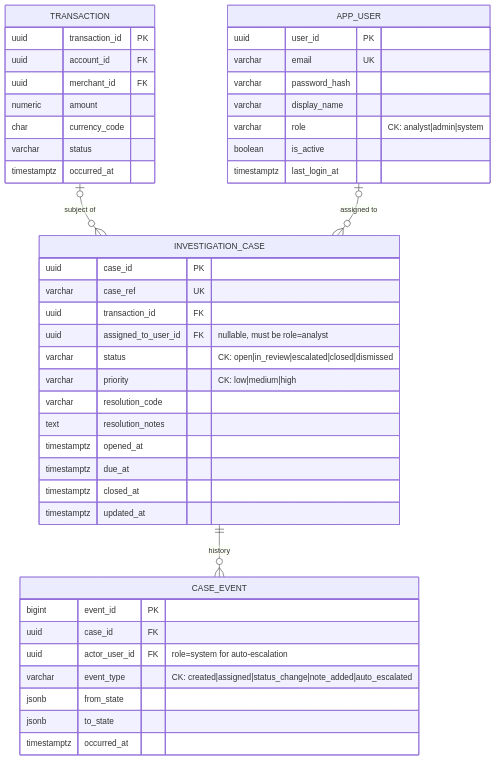
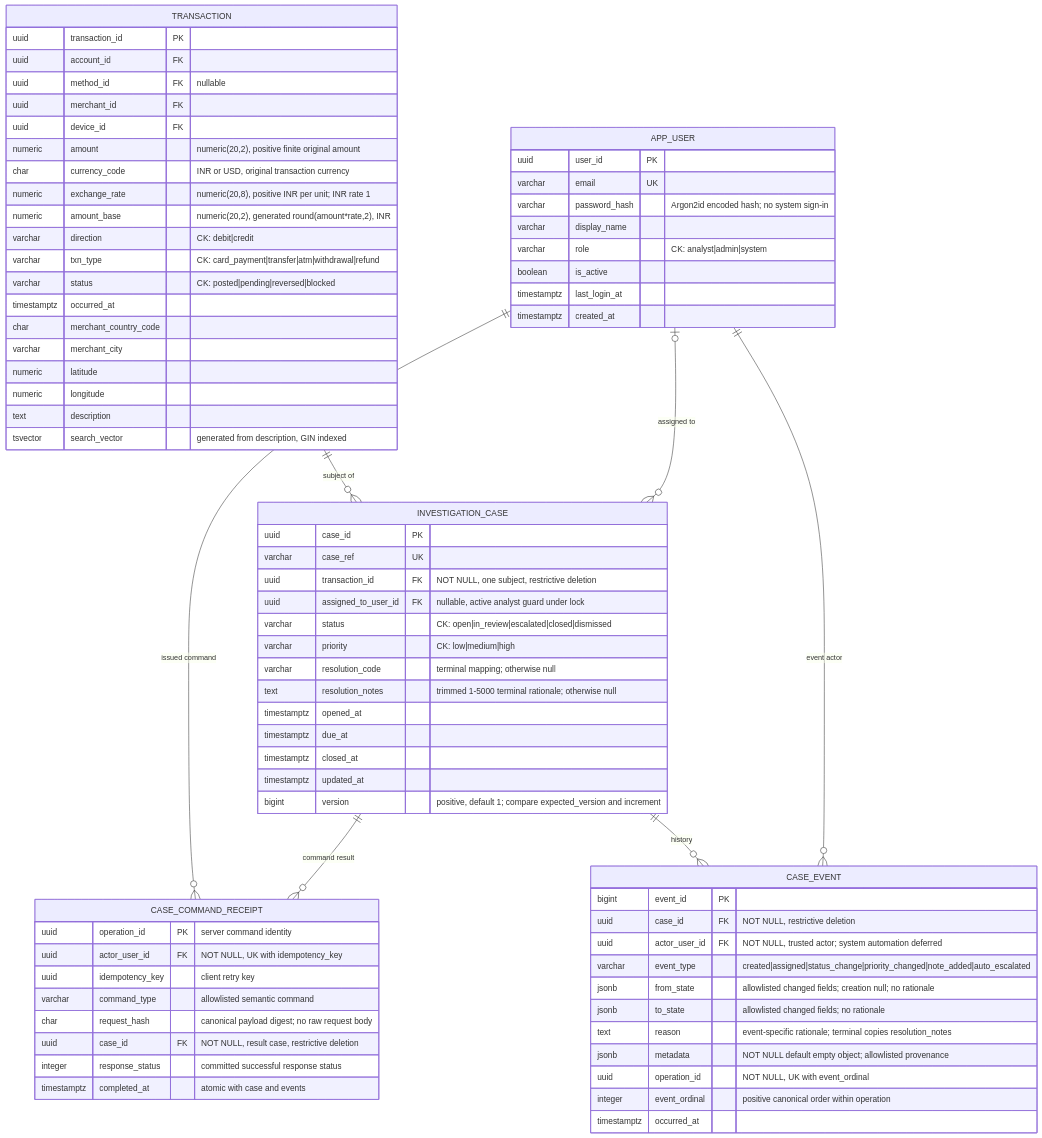
Before and after one commit to KadakWNL/finsight: the third of 3 diagrams in docs/er-diagram.md, drawn with Mermaid. The commit also changed other lines of this file and 18 other files, not shown here.

Commit message:
docs: reconcile ER artifacts with reviewed contracts

````diff
--- a/docs/er-diagram.md
+++ b/docs/er-diagram.md
@@ -195,51 +245,83 @@
 ```mermaid
 erDiagram
-    TRANSACTION o|--o{ INVESTIGATION_CASE : "subject of"
+    APP_USER ||--o{ CASE_COMMAND_RECEIPT : "issued command"
+    INVESTIGATION_CASE ||--o{ CASE_COMMAND_RECEIPT : "command result"
+    TRANSACTION ||--o{ INVESTIGATION_CASE : "subject of"
     APP_USER o|--o{ INVESTIGATION_CASE : "assigned to"
     INVESTIGATION_CASE ||--o{ CASE_EVENT : "history"
-
-    INVESTIGATION_CASE {
-        uuid case_id PK
-        varchar case_ref UK
-        uuid transaction_id FK
-        uuid assigned_to_user_id FK "nullable, must be role=analyst"
-        varchar status "CK: open|in_review|escalated|closed|dismissed"
-        varchar priority "CK: low|medium|high"
-        varchar resolution_code
-        text resolution_notes
-        timestamptz opened_at
-        timestamptz due_at
-        timestamptz closed_at
-        timestamptz updated_at
-    }
-
-    CASE_EVENT {
-        bigint event_id PK
-        uuid case_id FK
-        uuid actor_user_id FK "role=system for auto-escalation"
-        varchar event_type "CK: created|assigned|status_change|note_added|auto_escalated"
-        jsonb from_state
-        jsonb to_state
-        timestamptz occurred_at
-    }
+    APP_USER ||--o{ CASE_EVENT : "event actor"
 
     APP_USER {
         uuid user_id PK
         varchar email UK
-        varchar password_hash
+        varchar password_hash "Argon2id encoded hash; no system sign-in"
         varchar display_name
         varchar role "CK: analyst|admin|system"
         boolean is_active
         timestamptz last_login_at
+        timestamptz created_at
     }
 
     TRANSACTION {
         uuid transaction_id PK
         uuid account_id FK
+        uuid method_id FK "nullable"
         uuid merchant_id FK
-        numeric amount
-        char currency_code
-        varchar status
+        uuid device_id FK
+        numeric amount "numeric(20,2), positive finite original amount"
+        char currency_code "INR or USD, original transaction currency"
+        numeric exchange_rate "numeric(20,8), positive INR per unit; INR rate 1"
+        numeric amount_base "numeric(20,2), generated round(amount*rate,2), INR"
+        varchar direction "CK: debit|credit"
+        varchar txn_type "CK: card_payment|transfer|atm|withdrawal|refund"
+        varchar status "CK: posted|pending|reversed|blocked"
+        timestamptz occurred_at
+        char merchant_country_code
+        varchar merchant_city
+        numeric latitude
+        numeric longitude
+        text description
+        tsvector search_vector "generated from description, GIN indexed"
+    }
+
+    INVESTIGATION_CASE {
+        uuid case_id PK
+        varchar case_ref UK
+        uuid transaction_id FK "NOT NULL, one subject, restrictive deletion"
+        uuid assigned_to_user_id FK "nullable, active analyst guard under lock"
+        varchar status "CK: open|in_review|escalated|closed|dismissed"
+        varchar priority "CK: low|medium|high"
+        varchar resolution_code "terminal mapping; otherwise null"
+        text resolution_notes "trimmed 1-5000 terminal rationale; otherwise null"
+        timestamptz opened_at
+        timestamptz due_at
+        timestamptz closed_at
+        timestamptz updated_at
+        bigint version "positive, default 1; compare expected_version and increment"
+    }
+
+    CASE_EVENT {
+        bigint event_id PK
+        uuid case_id FK "NOT NULL, restrictive deletion"
+        uuid actor_user_id FK "NOT NULL, trusted actor; system automation deferred"
+        varchar event_type "created|assigned|status_change|priority_changed|note_added|auto_escalated"
+        jsonb from_state "allowlisted changed fields; creation null; no rationale"
+        jsonb to_state "allowlisted changed fields; no rationale"
+        text reason "event-specific rationale; terminal copies resolution_notes"
+        jsonb metadata "NOT NULL default empty object; allowlisted provenance"
+        uuid operation_id "NOT NULL, UK with event_ordinal"
+        integer event_ordinal "positive canonical order within operation"
         timestamptz occurred_at
     }
+
+    CASE_COMMAND_RECEIPT {
+        uuid operation_id PK "server command identity"
+        uuid actor_user_id FK "NOT NULL, UK with idempotency_key"
+        uuid idempotency_key "client retry key"
+        varchar command_type "allowlisted semantic command"
+        char request_hash "canonical payload digest; no raw request body"
+        uuid case_id FK "NOT NULL, result case, restrictive deletion"
+        integer response_status "committed successful response status"
+        timestamptz completed_at "atomic with case and events"
+    }
 ```
````
